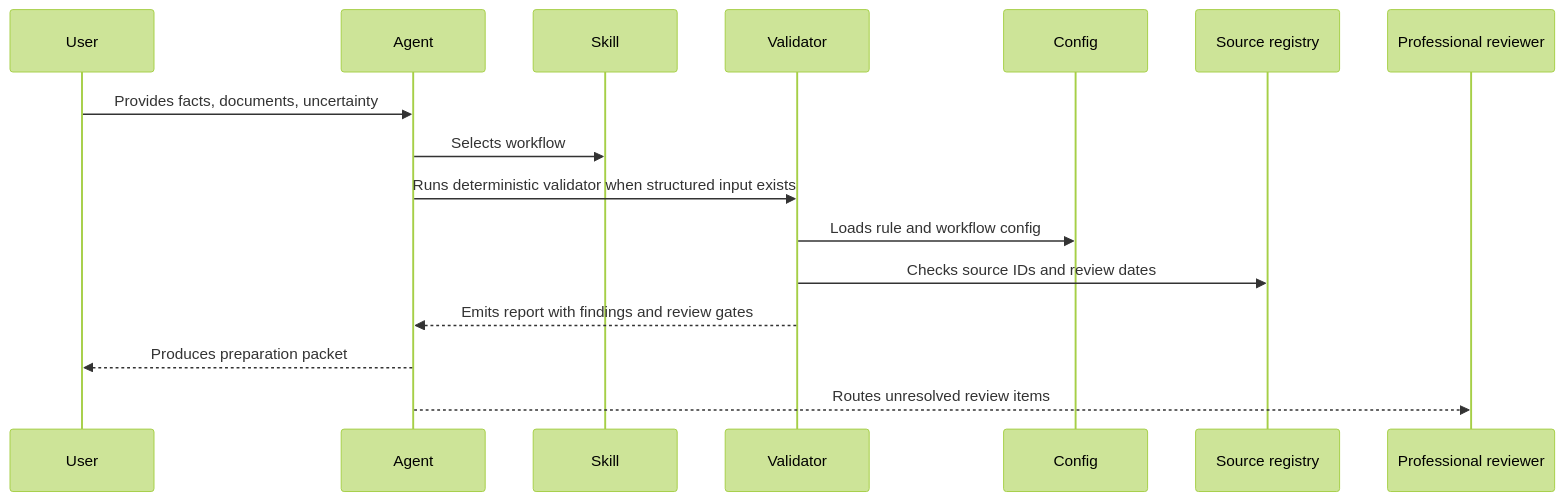
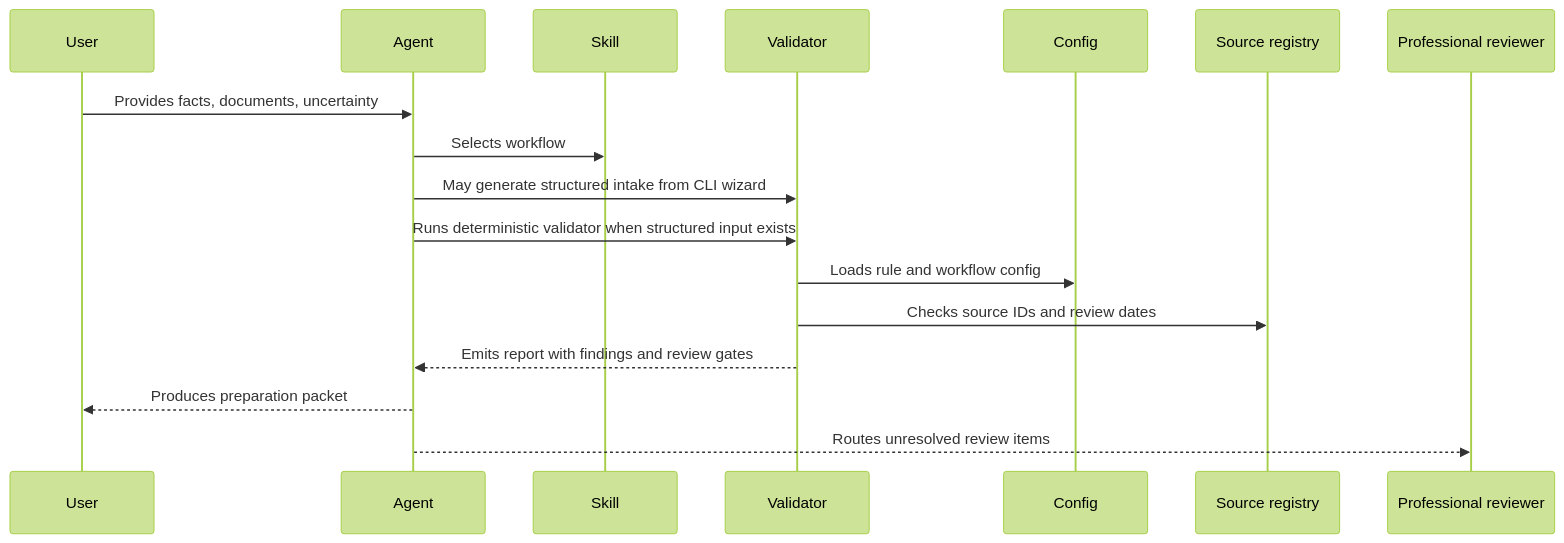
One commit to indradeepdas/Berlin-Tax changed the second of 3 diagrams in ARCHITECTURE.md. Above: the diagram before and after it, drawn with Mermaid (forest theme). The commit also changed other lines of this file and 11 other files, not shown here.

Commit message:
feat: introduce beta-readiness documentation, founder CLI workflow, and structured report standards

````diff
--- a/ARCHITECTURE.md
+++ b/ARCHITECTURE.md
@@ -25,19 +33,20 @@
 ```mermaid
 sequenceDiagram
   participant U as User
   participant A as Agent
   participant S as Skill
   participant V as Validator
   participant C as Config
   participant R as Source registry
   participant P as Professional reviewer
 
   U->>A: Provides facts, documents, uncertainty
   A->>S: Selects workflow
+  A->>V: May generate structured intake from CLI wizard
   A->>V: Runs deterministic validator when structured input exists
   V->>C: Loads rule and workflow config
   V->>R: Checks source IDs and review dates
   V-->>A: Emits report with findings and review gates
   A-->>U: Produces preparation packet
   A-->>P: Routes unresolved review items
 ```
````
